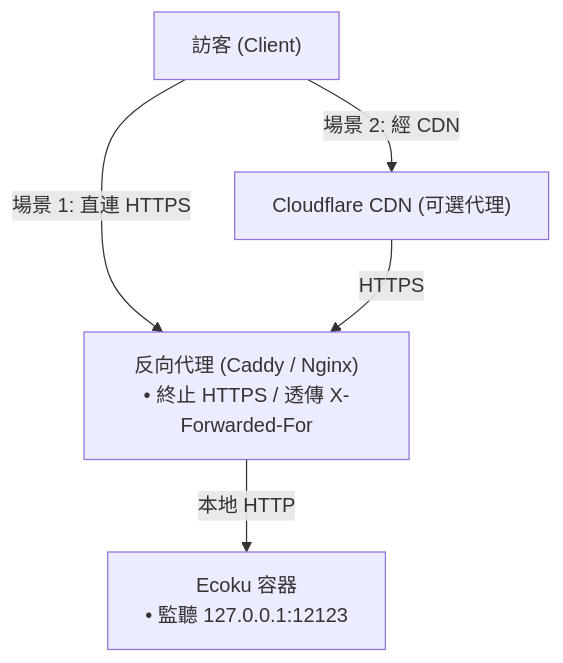
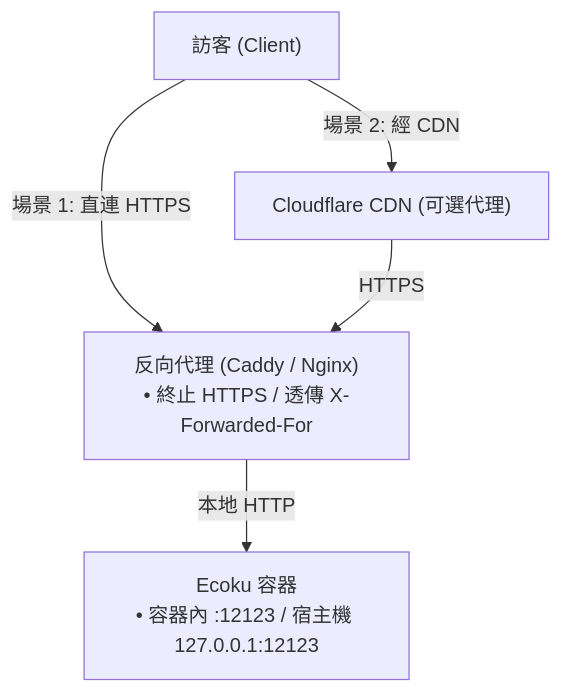
One commit to DejavuMoe/Ecoku changed the diagram in docs/zh-hant/self-hosting/reverse-proxy.md. Above: the diagram before and after it, drawn with Mermaid. The commit also changed other lines of this file and 66 other files, not shown here.

````diff
--- a/docs/zh-hant/self-hosting/reverse-proxy.md
+++ b/docs/zh-hant/self-hosting/reverse-proxy.md
@@ -9,12 +9,12 @@
 ```mermaid
 flowchart TD
     V["訪客 (Client)"]
     CDN["Cloudflare CDN (可選代理)"]
     Proxy["反向代理 (Caddy / Nginx)<br/>• 終止 HTTPS / 透傳 X-Forwarded-For"]
-    Container["Ecoku 容器<br/>• 監聽 127.0.0.1:12123"]
+    Container["Ecoku 容器<br/>• 容器內 :12123 / 宿主機 127.0.0.1:12123"]
 
     V -->|場景 1: 直連 HTTPS| Proxy
     V -->|場景 2: 經 CDN| CDN
     CDN -->|HTTPS| Proxy
     Proxy -->|本地 HTTP| Container
 ```
````
